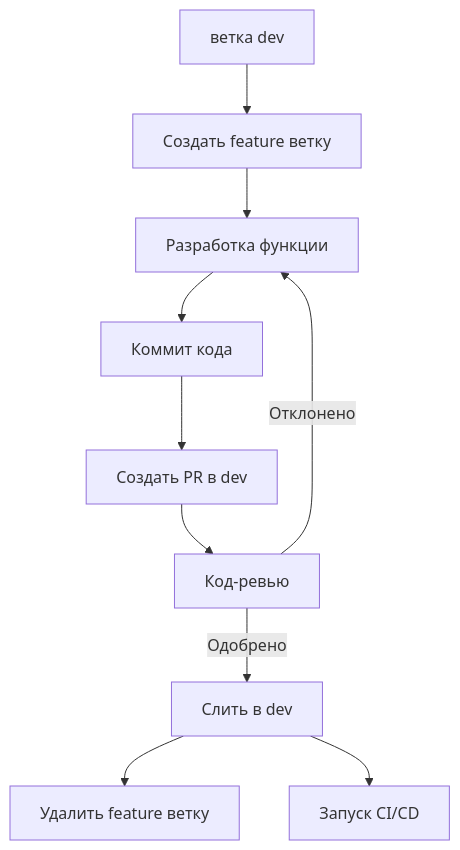
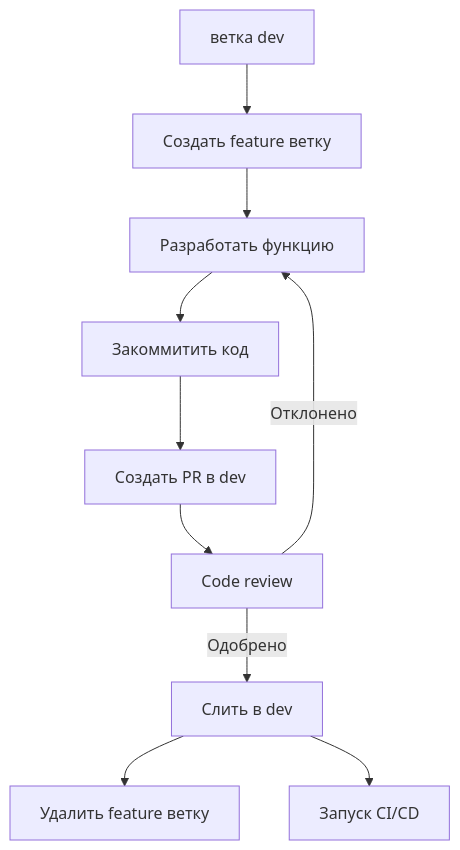
The first of 3 diagrams in docs/src/ru/dev/branch-maintenance-guide.md (ChenXu233/YaoXiang), drawn with Mermaid before and after one commit. The commit also changed other lines of this file and 236 other files, not shown here.

````diff
--- a/docs/src/ru/dev/branch-maintenance-guide.md
+++ b/docs/src/ru/dev/branch-maintenance-guide.md
@@ -152,12 +152,12 @@
 ```mermaid
 graph TD
     A[ветка dev] --> B[Создать feature ветку]
-    B --> C[Разработка функции]
-    C --> D[Коммит кода]
+    B --> C[Разработать функцию]
+    C --> D[Закоммитить код]
     D --> E[Создать PR в dev]
-    E --> F[Код-ревью]
+    E --> F[Code review]
     F -->|Одобрено| G[Слить в dev]
     F -->|Отклонено| C
     G --> H[Удалить feature ветку]
     G --> I[Запуск CI/CD]
 ```
````
